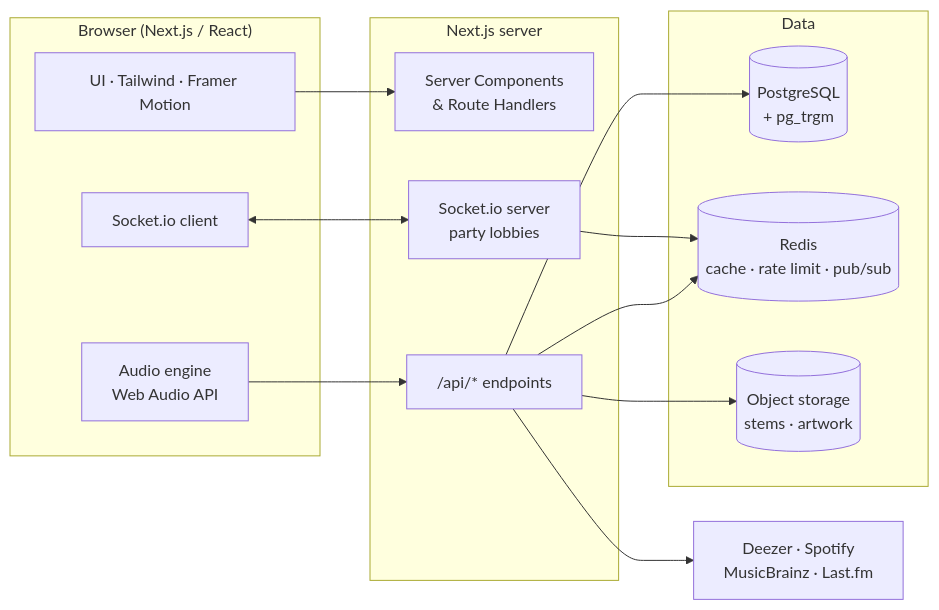
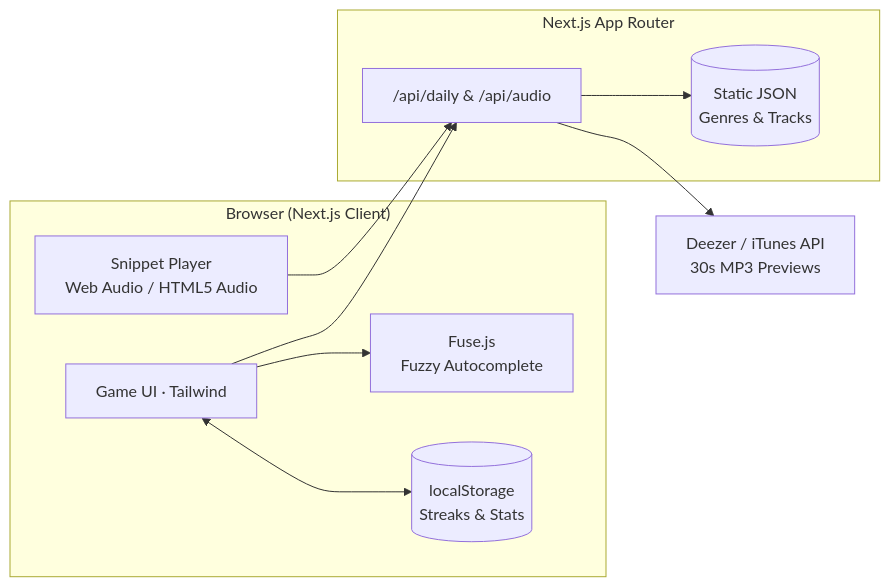
Before and after one commit to zafir-ali05/riffld: the second of 2 diagrams in README.md, drawn with Mermaid. The commit also changed other lines of this file, not shown here.

````diff
--- a/README.md
+++ b/README.md
@@ -323,31 +211,23 @@
 ```mermaid
 flowchart LR
-    subgraph Client["Browser (Next.js / React)"]
-      UI[UI · Tailwind · Framer Motion]
-      AE[Audio engine<br/>Web Audio API]
-      WS[Socket.io client]
+    subgraph Client["Browser (Next.js Client)"]
+      UI[Game UI · Tailwind]
+      AE[Snippet Player<br/>Web Audio / HTML5 Audio]
+      FS[Fuse.js<br/>Fuzzy Autocomplete]
+      LS[(localStorage<br/>Streaks & Stats)]
     end
 
-    subgraph Server["Next.js server"]
-      RSC[Server Components<br/>& Route Handlers]
-      API["/api/* endpoints"]
-      RT[Socket.io server<br/>party lobbies]
+    subgraph Server["Next.js App Router"]
+      JSON[(Static JSON<br/>Genres & Tracks)]
+      API["/api/daily & /api/audio"]
     end
 
-    subgraph Data
-      PG[(PostgreSQL<br/>+ pg_trgm)]
-      RD[(Redis<br/>cache · rate limit · pub/sub)]
-      S3[(Object storage<br/>stems · artwork)]
-    end
+    EXT[Deezer / iTunes API<br/>30s MP3 Previews]
 
-    EXT[Deezer · Spotify<br/>MusicBrainz · Last.fm]
-
-    UI --> RSC
+    UI --> FS
+    UI <--> LS
+    UI --> API
     AE --> API
-    WS <--> RT
-    API --> PG
-    API --> RD
-    API --> S3
-    RT --> RD
+    API --> JSON
     API --> EXT
 ```
````
